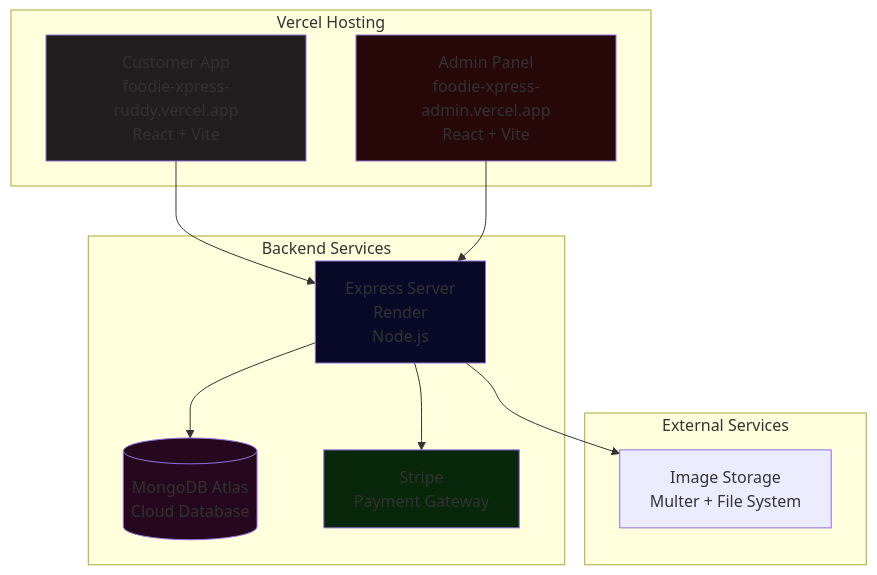
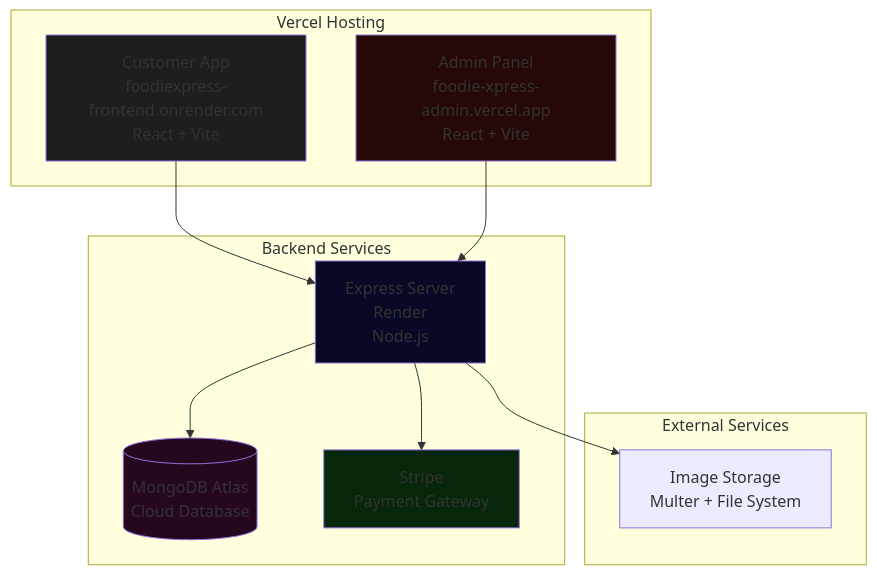
Before and after one commit to sajjadabed910/FoodieXpress: the first of 2 diagrams in README.md, drawn with Mermaid.

````diff
--- a/README.md
+++ b/README.md
@@ -62,29 +62,29 @@
 ```mermaid
 graph TB
     subgraph "Vercel Hosting"
-        C[Customer App<br/>foodie-xpress-ruddy.vercel.app<br/>React + Vite]
+        C[Customer App<br/>foodiexpress-frontend.onrender.com<br/>React + Vite]
         A[Admin Panel<br/>foodie-xpress-admin.vercel.app<br/>React + Vite]
     end
     
     subgraph "Backend Services"
         S[Express Server<br/>Render<br/>Node.js]
         DB[(MongoDB Atlas<br/>Cloud Database)]
         ST[Stripe<br/>Payment Gateway]
     end
     
     subgraph "External Services"
         IMG[Image Storage<br/>Multer + File System]
     end
     
     C --> S
     A --> S
     S --> DB
     S --> ST
     S --> IMG
     
     style C fill:#1F1D1D
     style A fill:#260808
     style S fill:#080926
     style DB fill:#26081E
     style ST fill:#082609
 ```
````
